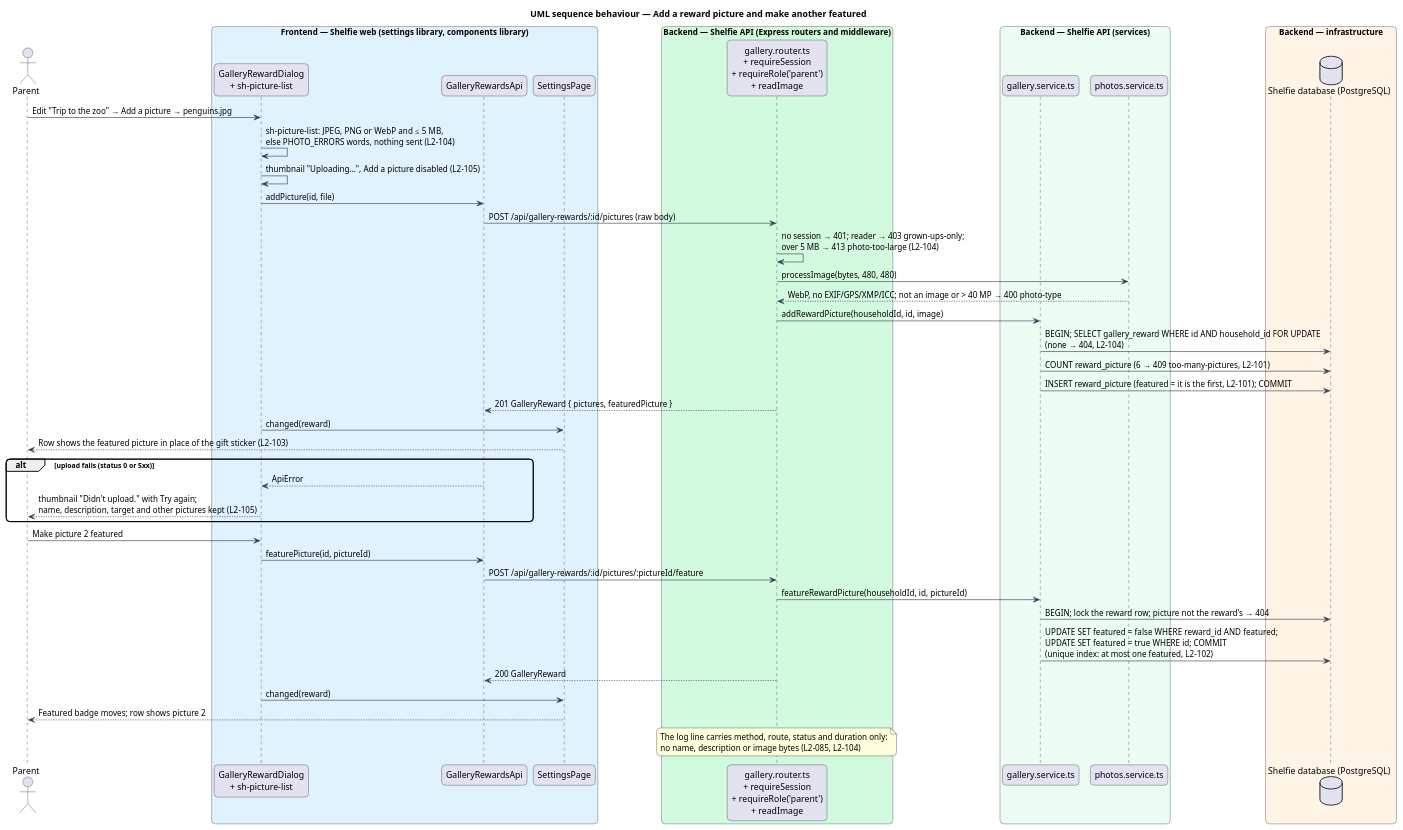
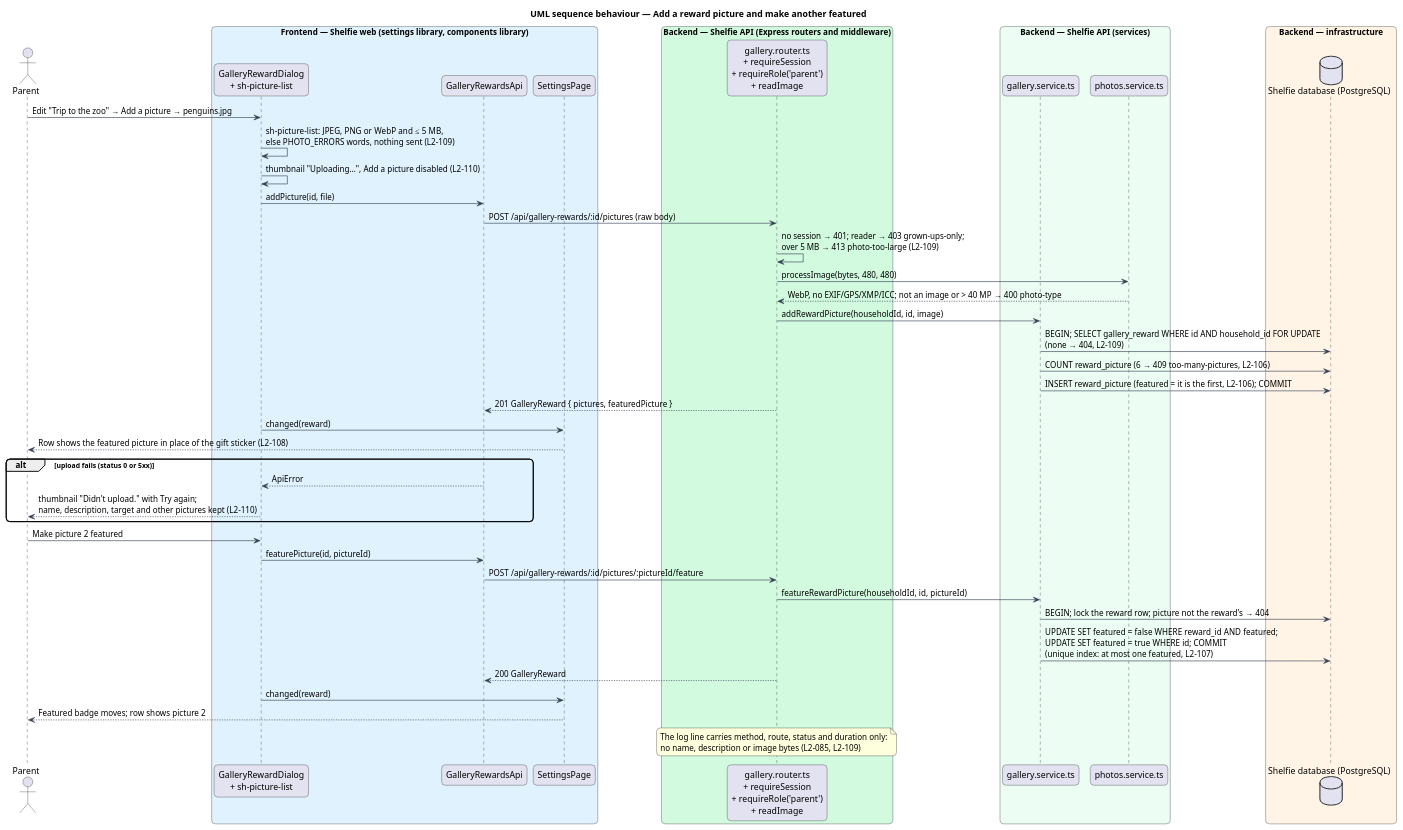
Before and after one commit to QuinntyneBrown/shelfie: the diagram in docs/detailed-designs/review/reward-gallery/diagrams/sequence-reward-pictures.puml, drawn with PlantUML. The commit also changed 54 other files, not shown here.

First line of the commit message:
Renumber reward descriptions and pictures to L2-105 to L2-110, ADR-0013 and migration 007, after main took L2-100 to L2-104, ADR-0012 and migration 006 for streak rewards

```diff
--- a/docs/detailed-designs/review/reward-gallery/diagrams/sequence-reward-pictures.puml
+++ b/docs/detailed-designs/review/reward-gallery/diagrams/sequence-reward-pictures.puml
@@ -1,54 +1,54 @@
 @startuml
 title UML sequence behaviour — Add a reward picture and make another featured
 skinparam backgroundColor #FFFFFF
 skinparam shadowing false
 skinparam roundcorner 12
 skinparam defaultFontName Arial
 skinparam ArrowColor #344054
 actor "Parent" as parent
 box "Frontend — Shelfie web (settings library, components library)" #E0F2FE
   participant "GalleryRewardDialog\n+ sh-picture-list" as dialog
   participant "GalleryRewardsApi" as client
   participant "SettingsPage" as page
 end box
 box "Backend — Shelfie API (Express routers and middleware)" #D1FADF
   participant "gallery.router.ts\n+ requireSession\n+ requireRole('parent')\n+ readImage" as router
 end box
 box "Backend — Shelfie API (services)" #ECFDF3
   participant "gallery.service.ts" as service
   participant "photos.service.ts" as photos
 end box
 box "Backend — infrastructure" #FFF4E5
   database "Shelfie database (PostgreSQL)" as db
 end box
 
 parent -> dialog : Edit "Trip to the zoo" → Add a picture → penguins.jpg
-dialog -> dialog : sh-picture-list: JPEG, PNG or WebP and ≤ 5 MB,\nelse PHOTO_ERRORS words, nothing sent (L2-104)
-dialog -> dialog : thumbnail "Uploading…", Add a picture disabled (L2-105)
+dialog -> dialog : sh-picture-list: JPEG, PNG or WebP and ≤ 5 MB,\nelse PHOTO_ERRORS words, nothing sent (L2-109)
+dialog -> dialog : thumbnail "Uploading…", Add a picture disabled (L2-110)
 dialog -> client : addPicture(id, file)
 client -> router : POST /api/gallery-rewards/:id/pictures (raw body)
-router -> router : no session → 401; reader → 403 grown-ups-only;\nover 5 MB → 413 photo-too-large (L2-104)
+router -> router : no session → 401; reader → 403 grown-ups-only;\nover 5 MB → 413 photo-too-large (L2-109)
 router -> photos : processImage(bytes, 480, 480)
 photos --> router : WebP, no EXIF/GPS/XMP/ICC; not an image or > 40 MP → 400 photo-type
 router -> service : addRewardPicture(householdId, id, image)
-service -> db : BEGIN; SELECT gallery_reward WHERE id AND household_id FOR UPDATE\n(none → 404, L2-104)
-service -> db : COUNT reward_picture (6 → 409 too-many-pictures, L2-101)
-service -> db : INSERT reward_picture (featured = it is the first, L2-101); COMMIT
+service -> db : BEGIN; SELECT gallery_reward WHERE id AND household_id FOR UPDATE\n(none → 404, L2-109)
+service -> db : COUNT reward_picture (6 → 409 too-many-pictures, L2-106)
+service -> db : INSERT reward_picture (featured = it is the first, L2-106); COMMIT
 router --> client : 201 GalleryReward { pictures, featuredPicture }
 dialog -> page : changed(reward)
-page --> parent : Row shows the featured picture in place of the gift sticker (L2-103)
+page --> parent : Row shows the featured picture in place of the gift sticker (L2-108)
 alt upload fails (status 0 or 5xx)
   client --> dialog : ApiError
-  dialog --> parent : thumbnail "Didn't upload." with Try again;\nname, description, target and other pictures kept (L2-105)
+  dialog --> parent : thumbnail "Didn't upload." with Try again;\nname, description, target and other pictures kept (L2-110)
 end
 parent -> dialog : Make picture 2 featured
 dialog -> client : featurePicture(id, pictureId)
 client -> router : POST /api/gallery-rewards/:id/pictures/:pictureId/feature
 router -> service : featureRewardPicture(householdId, id, pictureId)
 service -> db : BEGIN; lock the reward row; picture not the reward's → 404
-service -> db : UPDATE SET featured = false WHERE reward_id AND featured;\nUPDATE SET featured = true WHERE id; COMMIT\n(unique index: at most one featured, L2-102)
+service -> db : UPDATE SET featured = false WHERE reward_id AND featured;\nUPDATE SET featured = true WHERE id; COMMIT\n(unique index: at most one featured, L2-107)
 router --> client : 200 GalleryReward
 dialog -> page : changed(reward)
 page --> parent : Featured badge moves; row shows picture 2
-note over router : The log line carries method, route, status and duration only:\nno name, description or image bytes (L2-085, L2-104)
+note over router : The log line carries method, route, status and duration only:\nno name, description or image bytes (L2-085, L2-109)
 @enduml
```
